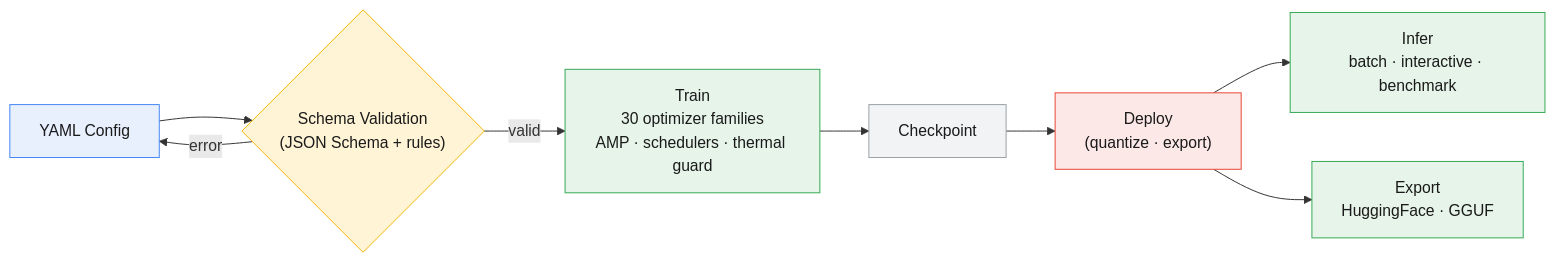
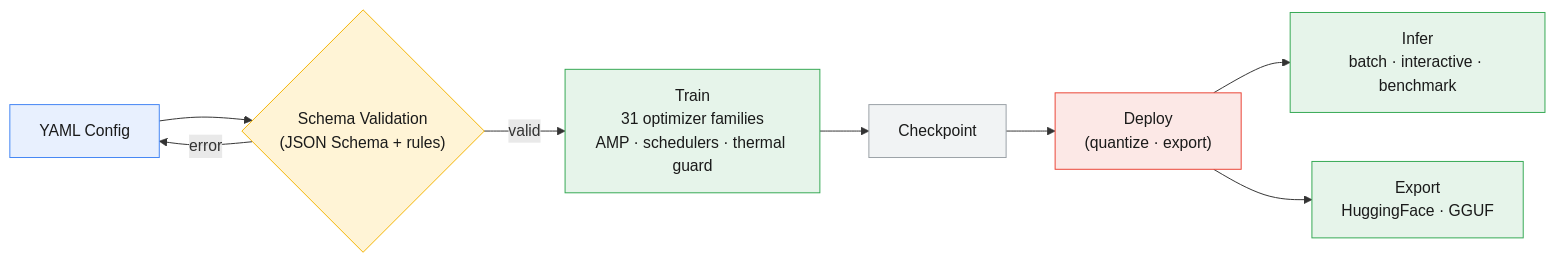
One commit to erickfmm/frankenstein-transformer changed the first of 2 diagrams in README.md. Above: the diagram before and after it, drawn with Mermaid. The commit also changed other lines of this file and 21 other files, not shown here.

````diff
--- a/README.md
+++ b/README.md
@@ -24,18 +24,18 @@
 ```mermaid
 flowchart LR
     A["YAML Config"] --> B{"Schema Validation<br/>(JSON Schema + rules)"}
-    B -- valid --> C["Train<br/>30 optimizer families<br/>AMP · schedulers · thermal guard"]
+    B -- valid --> C["Train<br/>31 optimizer families<br/>AMP · schedulers · thermal guard"]
     B -- error --> A
     C --> D["Checkpoint"]
     D --> E["Deploy<br/>(quantize · export)"]
     E --> F["Infer<br/>batch · interactive · benchmark"]
     E --> G["Export<br/>HuggingFace · GGUF"]
 
     style A fill:#e8f0fe,stroke:#4285f4,color:#1a1a1a
     style B fill:#fff4d6,stroke:#f4b400,color:#1a1a1a
     style C fill:#e6f4ea,stroke:#34a853,color:#1a1a1a
     style D fill:#f1f3f4,stroke:#9aa0a6,color:#1a1a1a
     style E fill:#fce8e6,stroke:#ea4335,color:#1a1a1a
     style F fill:#e6f4ea,stroke:#34a853,color:#1a1a1a
     style G fill:#e6f4ea,stroke:#34a853,color:#1a1a1a
 ```
````
